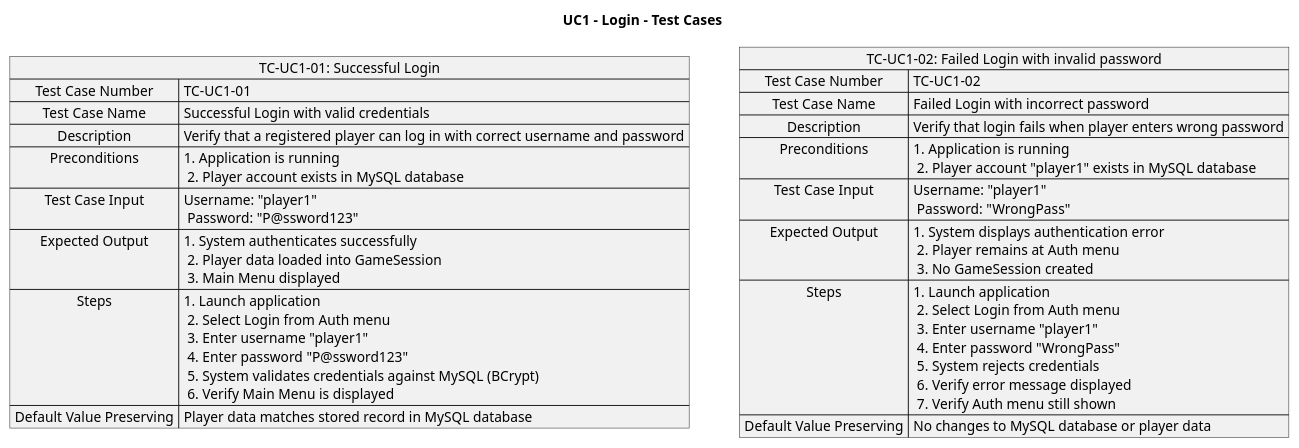
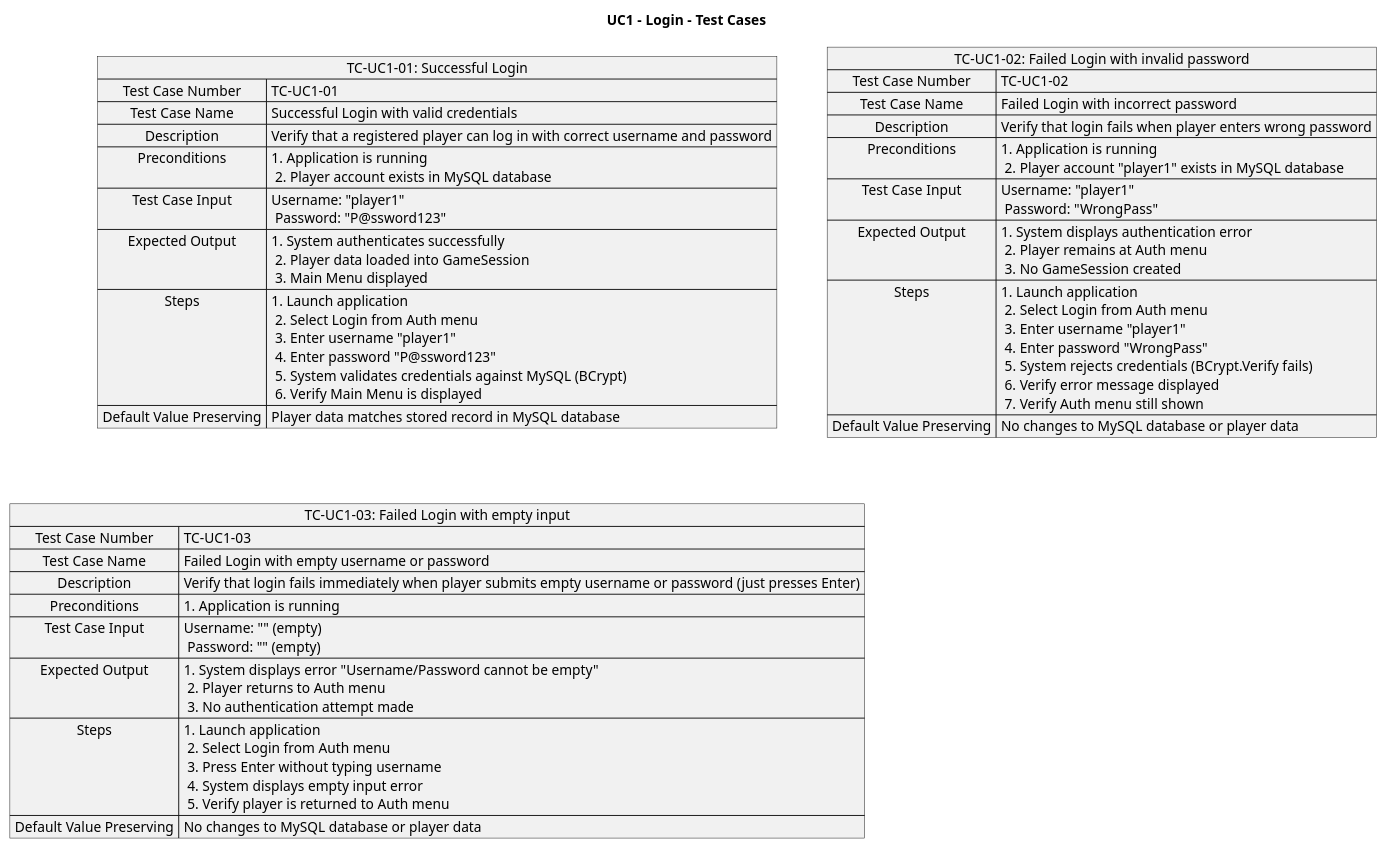
Before and after one commit to devKasumi/PokemonConsole: the diagram in TurnBasedPokemon/Diagram/UnifiedUseCases/TestCases/UC1_Login_TestCases.puml, drawn with PlantUML. The commit also changed 14 other files, not shown here.

Commit message:
update diagrams

```diff
--- a/TurnBasedPokemon/Diagram/UnifiedUseCases/TestCases/UC1_Login_TestCases.puml
+++ b/TurnBasedPokemon/Diagram/UnifiedUseCases/TestCases/UC1_Login_TestCases.puml
@@ -1,26 +1,37 @@
 @startuml
 title UC1 - Login - Test Cases
 
 map "TC-UC1-01: Successful Login" as TC1 {
   Test Case Number => TC-UC1-01
   Test Case Name => Successful Login with valid credentials
   Description => Verify that a registered player can log in with correct username and password
   Preconditions => 1. Application is running \n 2. Player account exists in MySQL database
   Test Case Input => Username: "player1" \n Password: "P@ssword123"
   Expected Output => 1. System authenticates successfully \n 2. Player data loaded into GameSession \n 3. Main Menu displayed
   Steps => 1. Launch application \n 2. Select Login from Auth menu \n 3. Enter username "player1" \n 4. Enter password "P@ssword123" \n 5. System validates credentials against MySQL (BCrypt) \n 6. Verify Main Menu is displayed
   Default Value Preserving => Player data matches stored record in MySQL database
 }
 
 map "TC-UC1-02: Failed Login with invalid password" as TC2 {
   Test Case Number => TC-UC1-02
   Test Case Name => Failed Login with incorrect password
   Description => Verify that login fails when player enters wrong password
   Preconditions => 1. Application is running \n 2. Player account "player1" exists in MySQL database
   Test Case Input => Username: "player1" \n Password: "WrongPass"
   Expected Output => 1. System displays authentication error \n 2. Player remains at Auth menu \n 3. No GameSession created
-  Steps => 1. Launch application \n 2. Select Login from Auth menu \n 3. Enter username "player1" \n 4. Enter password "WrongPass" \n 5. System rejects credentials \n 6. Verify error message displayed \n 7. Verify Auth menu still shown
+  Steps => 1. Launch application \n 2. Select Login from Auth menu \n 3. Enter username "player1" \n 4. Enter password "WrongPass" \n 5. System rejects credentials (BCrypt.Verify fails) \n 6. Verify error message displayed \n 7. Verify Auth menu still shown
+  Default Value Preserving => No changes to MySQL database or player data
+}
+
+map "TC-UC1-03: Failed Login with empty input" as TC3 {
+  Test Case Number => TC-UC1-03
+  Test Case Name => Failed Login with empty username or password
+  Description => Verify that login fails immediately when player submits empty username or password (just presses Enter)
+  Preconditions => 1. Application is running
+  Test Case Input => Username: "" (empty) \n Password: "" (empty)
+  Expected Output => 1. System displays error "Username/Password cannot be empty" \n 2. Player returns to Auth menu \n 3. No authentication attempt made
+  Steps => 1. Launch application \n 2. Select Login from Auth menu \n 3. Press Enter without typing username \n 4. System displays empty input error \n 5. Verify player is returned to Auth menu
   Default Value Preserving => No changes to MySQL database or player data
 }
 
 @enduml
```
